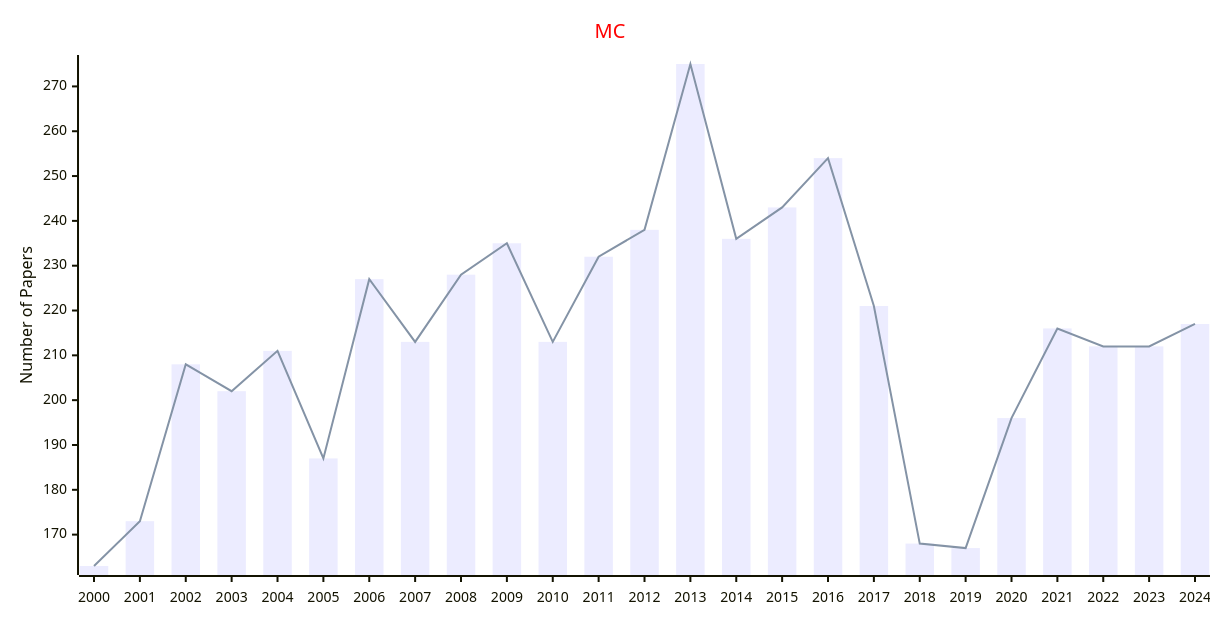
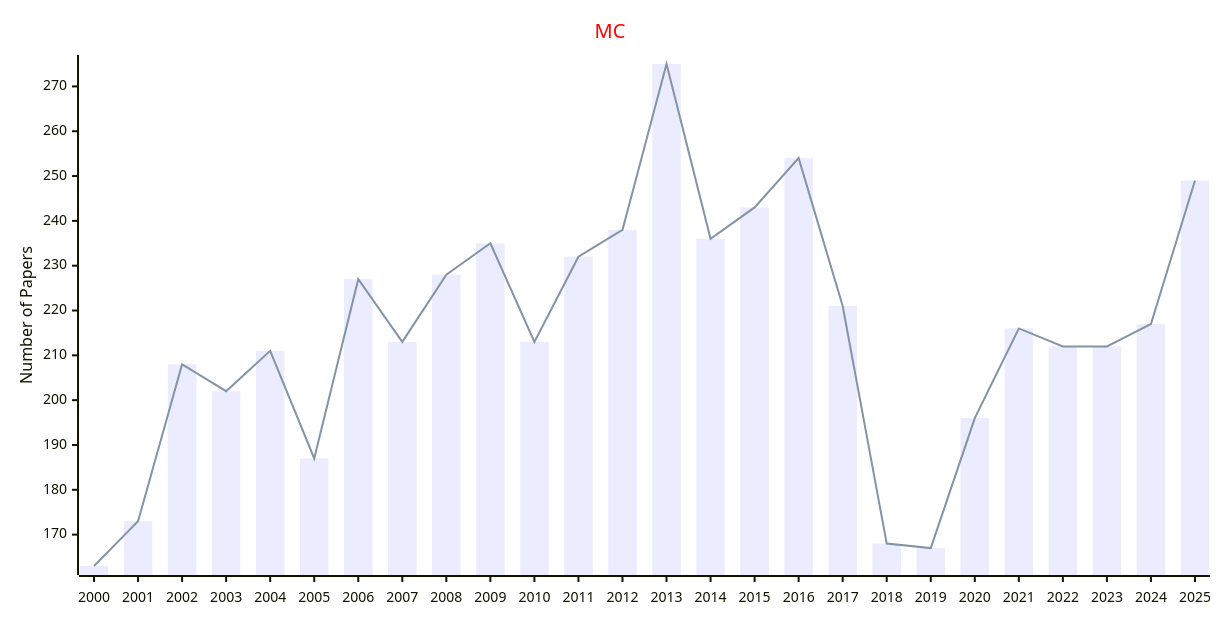
One commit to Easy-PhD/AILinks changed the fifth of 6 diagrams in docs/data/Journals/Statistics_Journals/Hardware_and_Software.md. Above: the diagram before and after it, drawn with Mermaid. The commit also changed 107 other files, not shown here.

````diff
--- a/docs/data/Journals/Statistics_Journals/Hardware_and_Software.md
+++ b/docs/data/Journals/Statistics_Journals/Hardware_and_Software.md
@@ -105,17 +105,17 @@
 ```mermaid
 ---
 config:
     xyChart:
         width: 1200
         height: 600
     themeVariables:
         xyChart:
             titleColor: "#ff0000"
 ---
 xychart-beta
     title "MC"
-    x-axis [2000, 2001, 2002, 2003, 2004, 2005, 2006, 2007, 2008, 2009, 2010, 2011, 2012, 2013, 2014, 2015, 2016, 2017, 2018, 2019, 2020, 2021, 2022, 2023, 2024]
+    x-axis [2000, 2001, 2002, 2003, 2004, 2005, 2006, 2007, 2008, 2009, 2010, 2011, 2012, 2013, 2014, 2015, 2016, 2017, 2018, 2019, 2020, 2021, 2022, 2023, 2024, 2025]
     y-axis "Number of Papers"
-    bar [163, 173, 208, 202, 211, 187, 227, 213, 228, 235, 213, 232, 238, 275, 236, 243, 254, 221, 168, 167, 196, 216, 212, 212, 217]
-    line [163, 173, 208, 202, 211, 187, 227, 213, 228, 235, 213, 232, 238, 275, 236, 243, 254, 221, 168, 167, 196, 216, 212, 212, 217]
+    bar [163, 173, 208, 202, 211, 187, 227, 213, 228, 235, 213, 232, 238, 275, 236, 243, 254, 221, 168, 167, 196, 216, 212, 212, 217, 249]
+    line [163, 173, 208, 202, 211, 187, 227, 213, 228, 235, 213, 232, 238, 275, 236, 243, 254, 221, 168, 167, 196, 216, 212, 212, 217, 249]
 ```
````
